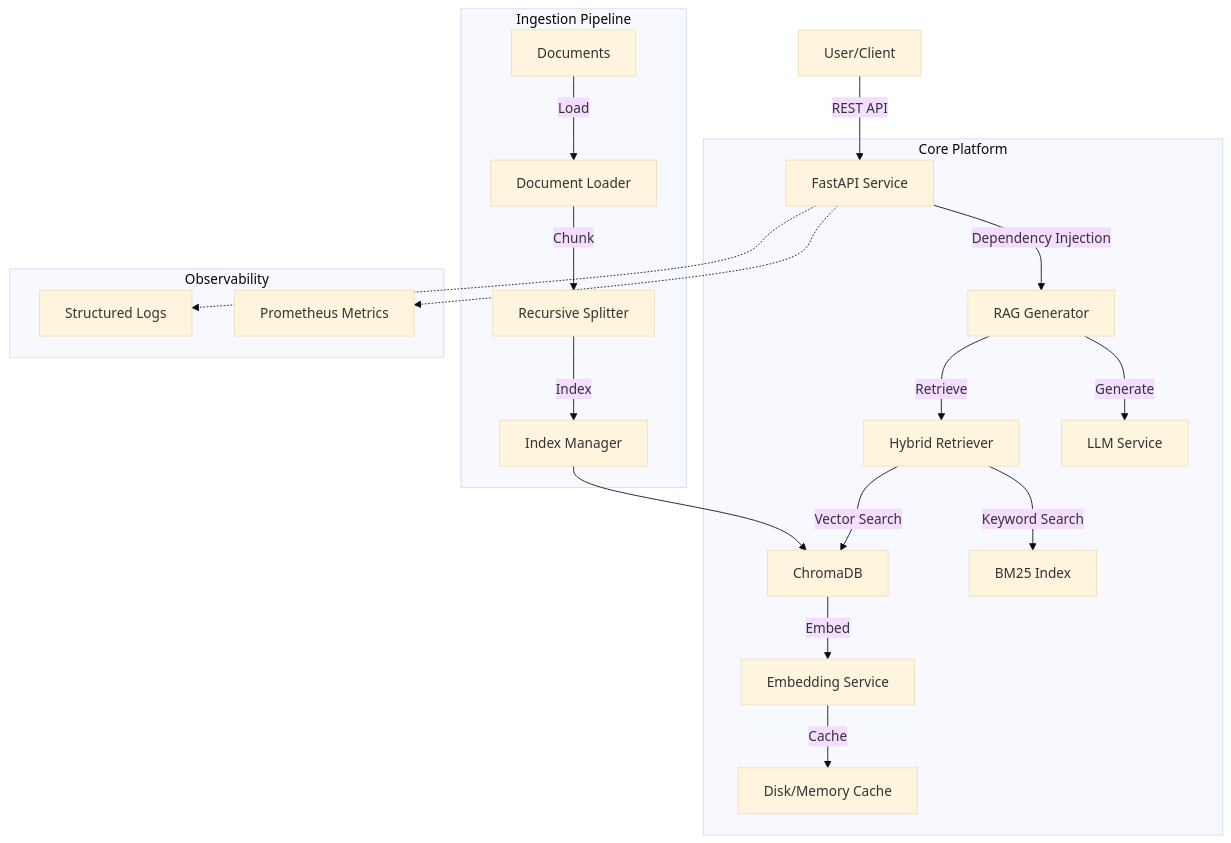
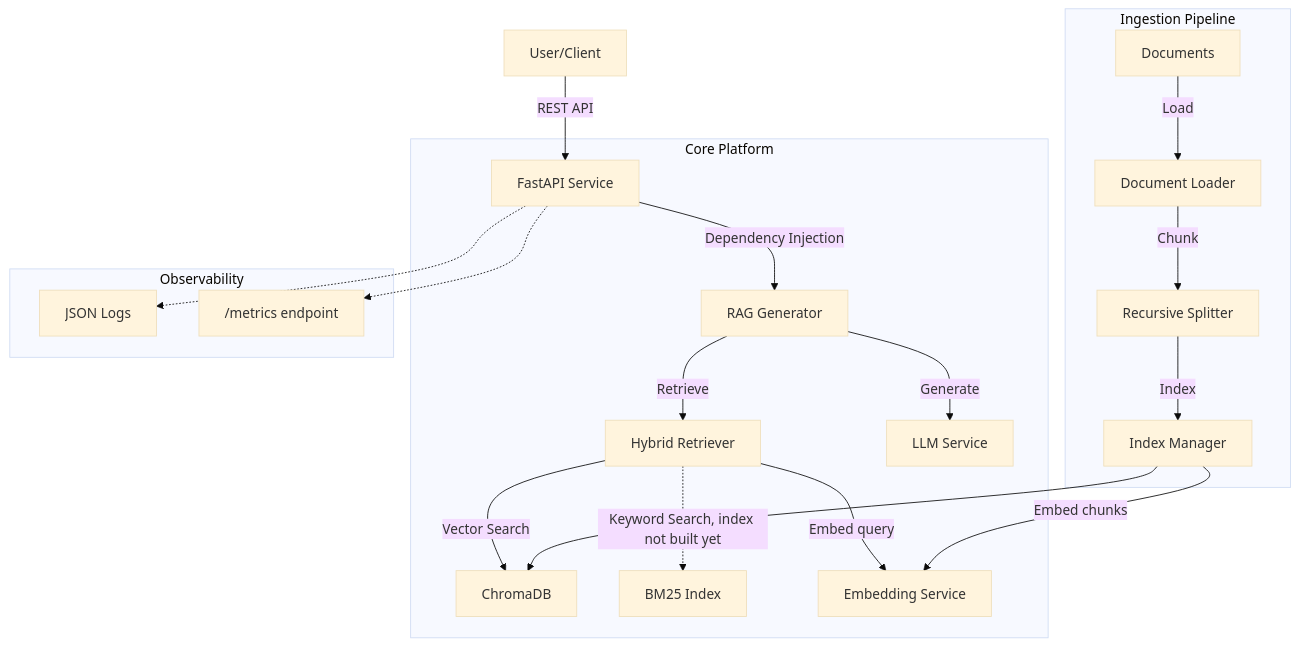
Before and after one commit to ecuadrosg36/enterprise-rag-llm-platform: the diagram in README.md, drawn with Mermaid (base theme). The commit also changed other lines of this file, not shown here.

````diff
--- a/README.md
+++ b/README.md
@@ -26,31 +34,30 @@
 ```mermaid
 graph TD
     User[User/Client] -->|REST API| API[FastAPI Service]
     
     subgraph "Core Platform"
         API -->|Dependency Injection| RAG[RAG Generator]
         RAG -->|Retrieve| Hybrid[Hybrid Retriever]
         RAG -->|Generate| LLM[LLM Service]
         
         Hybrid -->|Vector Search| Vector[ChromaDB]
-        Hybrid -->|Keyword Search| BM25[BM25 Index]
-        
-        Vector -->|Embed| Embed[Embedding Service]
-        Embed -->|Cache| Cache[Disk/Memory Cache]
+        Hybrid -.->|Keyword Search, index not built yet| BM25[BM25 Index]
+        Hybrid -->|Embed query| Embed[Embedding Service]
     end
     
     subgraph "Ingestion Pipeline"
         Docs[Documents] -->|Load| Loader[Document Loader]
         Loader -->|Chunk| Splitter[Recursive Splitter]
         Splitter -->|Index| Indexer[Index Manager]
+        Indexer -->|Embed chunks| Embed
         Indexer --> Vector
     end
     
     subgraph "Observability"
-        Logs[Structured Logs]
-        Metrics[Prometheus Metrics]
+        Logs[JSON Logs]
+        Metrics["/metrics endpoint"]
     end
     
     API -.-> Logs
     API -.-> Metrics
 ```
````
